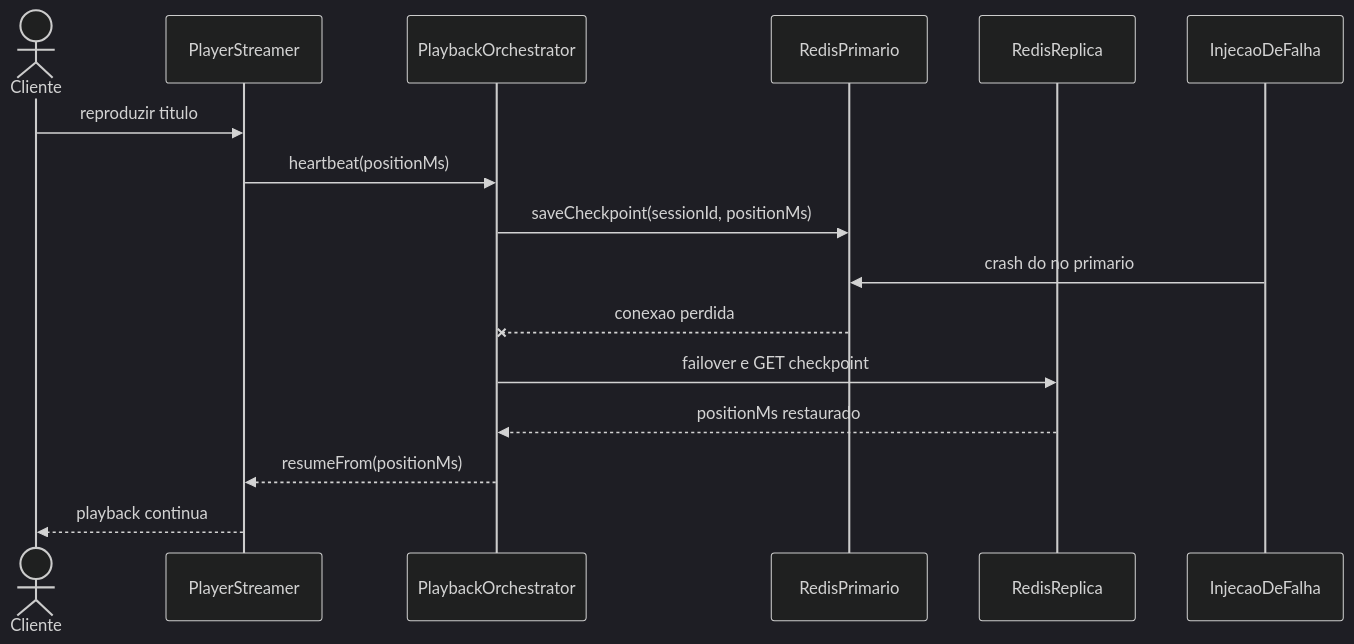
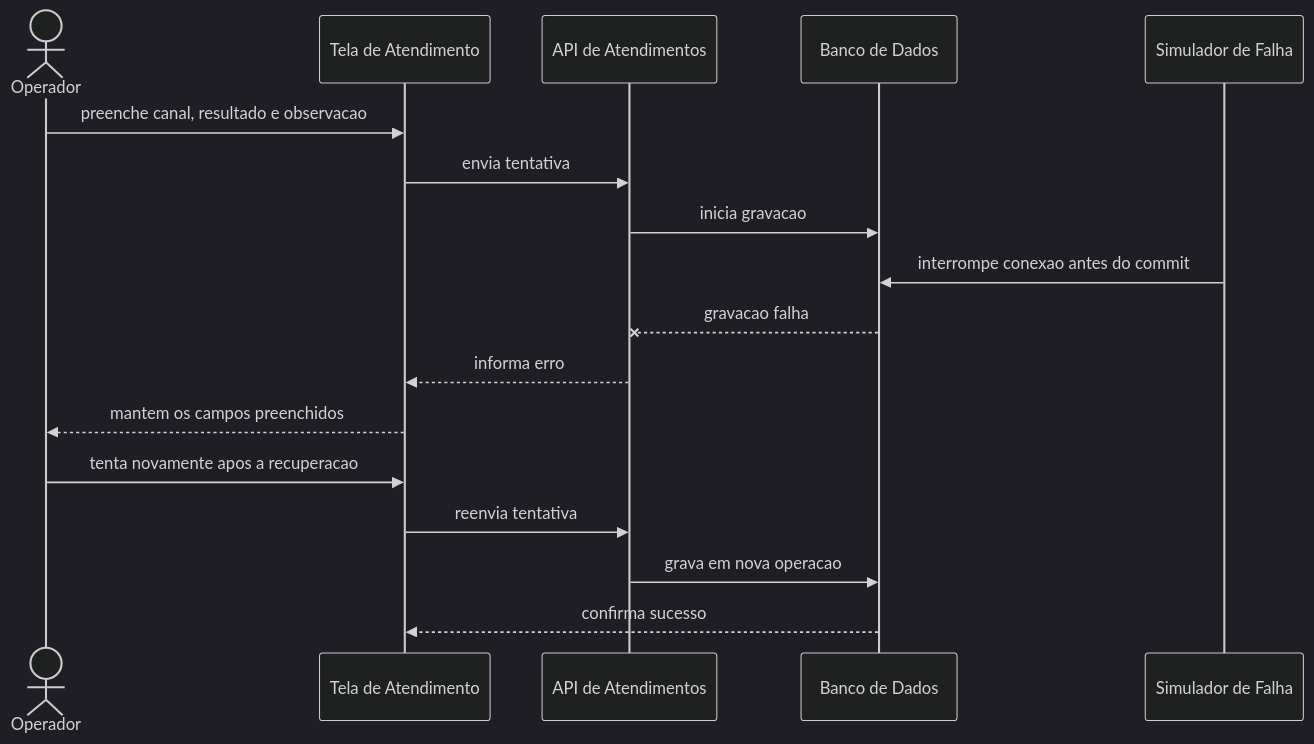
Diagram 11 of 14 in README.md (DiogoBAguiar/atividade-testes-software), drawn with Mermaid (dark theme) before and after one commit. The commit also changed other lines of this file and 37 other files, not shown here.

````diff
--- a/README.md
+++ b/README.md
@@ -754,19 +377,20 @@
 ```mermaid
 sequenceDiagram
-    actor Cliente
-    participant App as PlayerStreamer
-    participant Orq as PlaybackOrchestrator
-    participant Primario as RedisPrimario
-    participant Replica as RedisReplica
-    participant Inj as InjecaoDeFalha
+    actor Operador
+    participant Tela as Tela de Atendimento
+    participant Api as API de Atendimentos
+    participant Banco as Banco de Dados
+    participant Falha as Simulador de Falha
 
-    Cliente->>App: reproduzir titulo
-    App->>Orq: heartbeat(positionMs)
-    Orq->>Primario: saveCheckpoint(sessionId, positionMs)
-    Inj->>Primario: crash do no primario
-    Primario--xOrq: conexao perdida
-    Orq->>Replica: failover e GET checkpoint
-    Replica-->>Orq: positionMs restaurado
-    Orq-->>App: resumeFrom(positionMs)
-    App-->>Cliente: playback continua
+    Operador->>Tela: preenche canal, resultado e observacao
+    Tela->>Api: envia tentativa
+    Api->>Banco: inicia gravacao
+    Falha->>Banco: interrompe conexao antes do commit
+    Banco--xApi: gravacao falha
+    Api-->>Tela: informa erro
+    Tela-->>Operador: mantem os campos preenchidos
+    Operador->>Tela: tenta novamente apos a recuperacao
+    Tela->>Api: reenvia tentativa
+    Api->>Banco: grava em nova operacao
+    Banco-->>Tela: confirma sucesso
 ```
````
